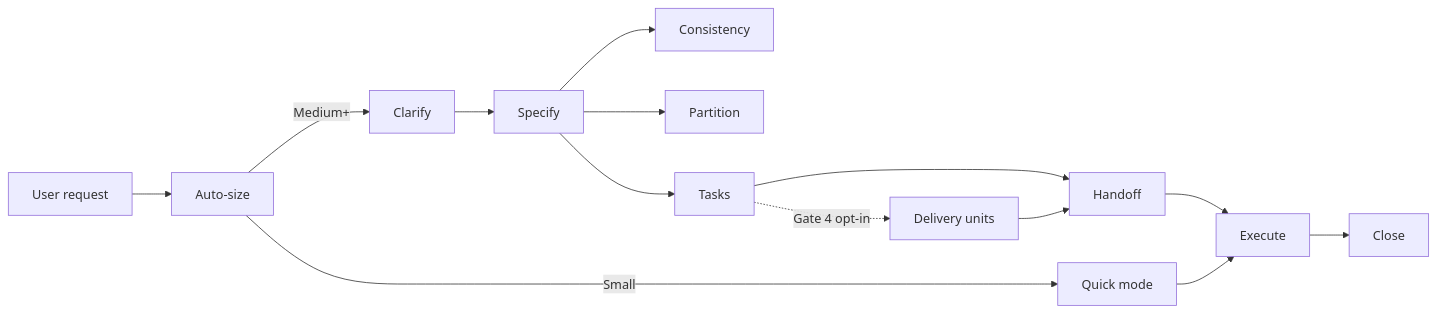
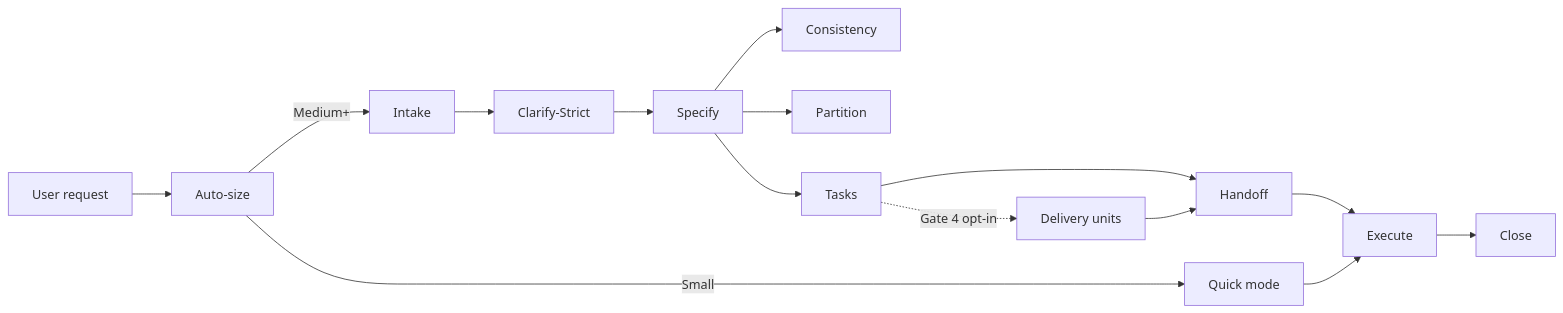
One commit to nextstage-brasil/skills changed the diagram in skills/ns-spec-driven/SKILL.md. Above: the diagram before and after it, drawn with Mermaid. The commit also changed other lines of this file and 40 other files, not shown here.

Commit message:
fix: update ns-spec-driven to version 1.8; add clarify-strict and spec-coverage artifacts

````diff
--- a/skills/ns-spec-driven/SKILL.md
+++ b/skills/ns-spec-driven/SKILL.md
@@ -54,29 +56,31 @@
 ```mermaid
 flowchart LR
   user[User request]
   size[Auto-size]
-  clarify[Clarify]
+  intake[Intake]
+  clarify[Clarify-Strict]
   specify[Specify]
   consist[Consistency]
   part[Partition]
   tasks[Tasks]
   units[Delivery units]
   handoff[Handoff]
   exec[Execute]
   close[Close]
   quick[Quick mode]
 
   user --> size
   size -->|Small| quick
-  size -->|Medium+| clarify
+  size -->|Medium+| intake
+  intake --> clarify
   clarify --> specify
   specify --> consist
   specify --> part
   specify --> tasks
   tasks --> handoff
   tasks -.->|Gate 4 opt-in| units
   units --> handoff
   handoff --> exec
   quick --> exec
   exec --> close
 ```
````
